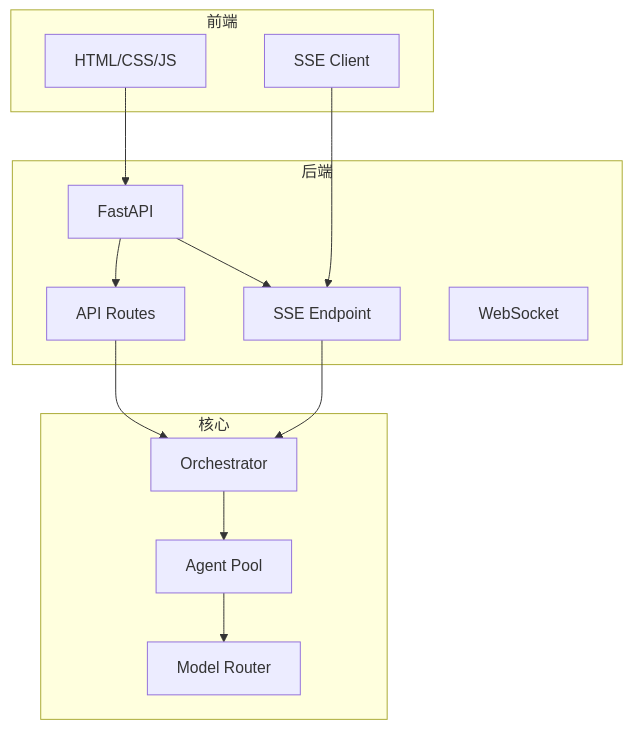
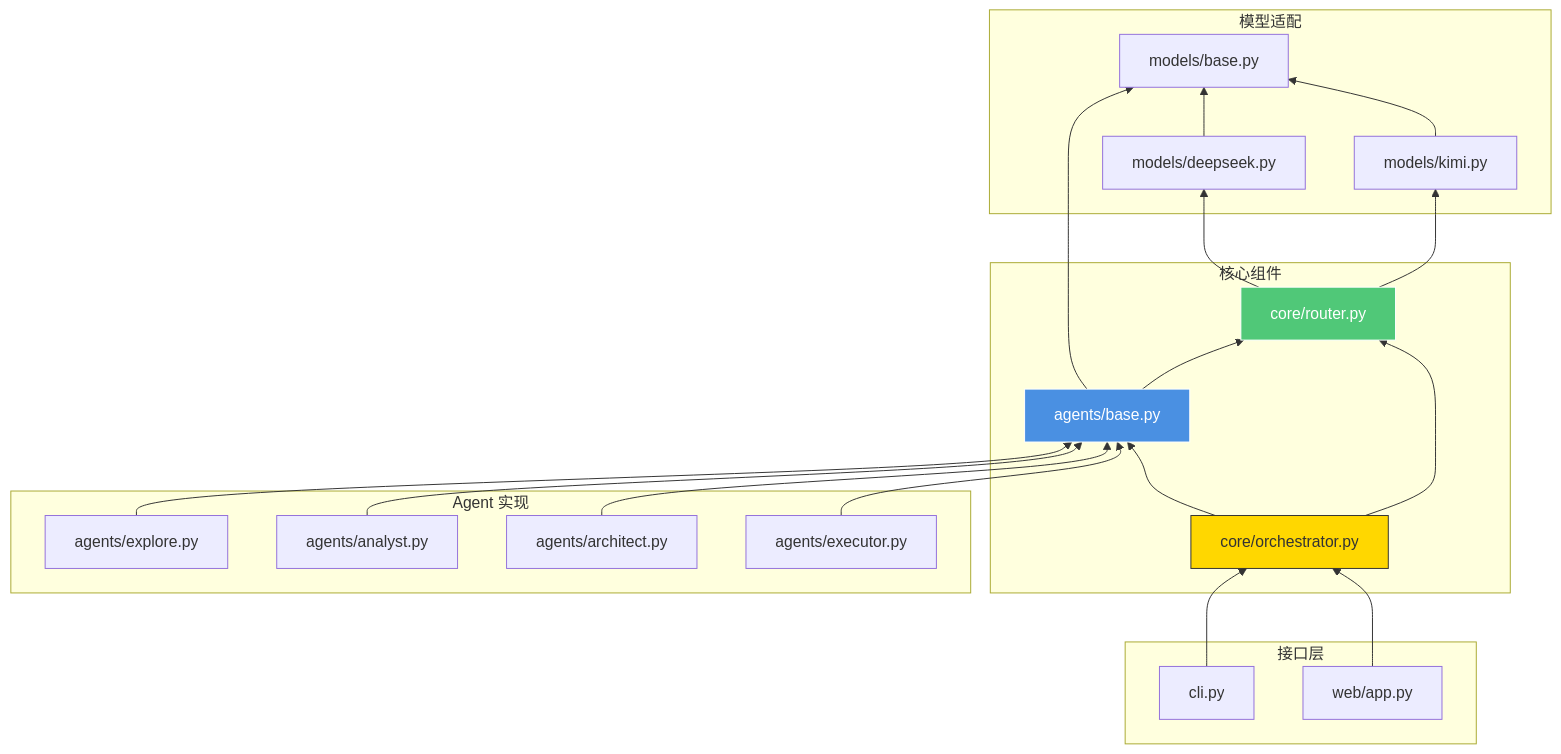
The eighth of 10 diagrams in docs/ARCHITECTURE.md (VOBC/oh-my-coder), drawn with Mermaid before and after one commit. The commit also changed other lines of this file and 3 other files, not shown here.

````diff
--- a/docs/ARCHITECTURE.md
+++ b/docs/ARCHITECTURE.md
@@ -295,29 +234,50 @@
 ```mermaid
-flowchart TD
-    subgraph 前端
-        A[HTML/CSS/JS]
-        B[SSE Client]
+graph BT
+    subgraph 核心组件
+        A[agents/base.py]
+        B[core/router.py]
+        C[core/orchestrator.py]
     end
+
+    subgraph Agent 实现
+        D[agents/explore.py]
+        E[agents/analyst.py]
+        F[agents/architect.py]
+        G[agents/executor.py]
+    end
+
+    subgraph 模型适配
+        H[models/base.py]
+        I[models/deepseek.py]
+        J[models/kimi.py]
+    end
+
+    subgraph 接口层
+        K[cli.py]
+        L[web/app.py]
+    end
+
+    D --> A
+    E --> A
+    F --> A
+    G --> A
     
-    subgraph 后端
-        C[FastAPI]
-        D[API Routes]
-        E[SSE Endpoint]
-        F[WebSocket]
-    end
+    A --> B
+    A --> H
     
-    subgraph 核心
-        G[Orchestrator]
-        H[Agent Pool]
-        I[Model Router]
-    end
+    I --> H
+    J --> H
     
-    A --> C
-    B --> E
-    C --> D
-    C --> E
-    D --> G
-    E --> G
-    G --> H
-    H --> I
+    B --> I
+    B --> J
+    
+    C --> A
+    C --> B
+    
+    K --> C
+    L --> C
+
+    style A fill:#4A90E2,stroke:#fff,color:#fff
+    style B fill:#50C878,stroke:#fff,color:#fff
+    style C fill:#FFD700,stroke:#333
 ```
````
